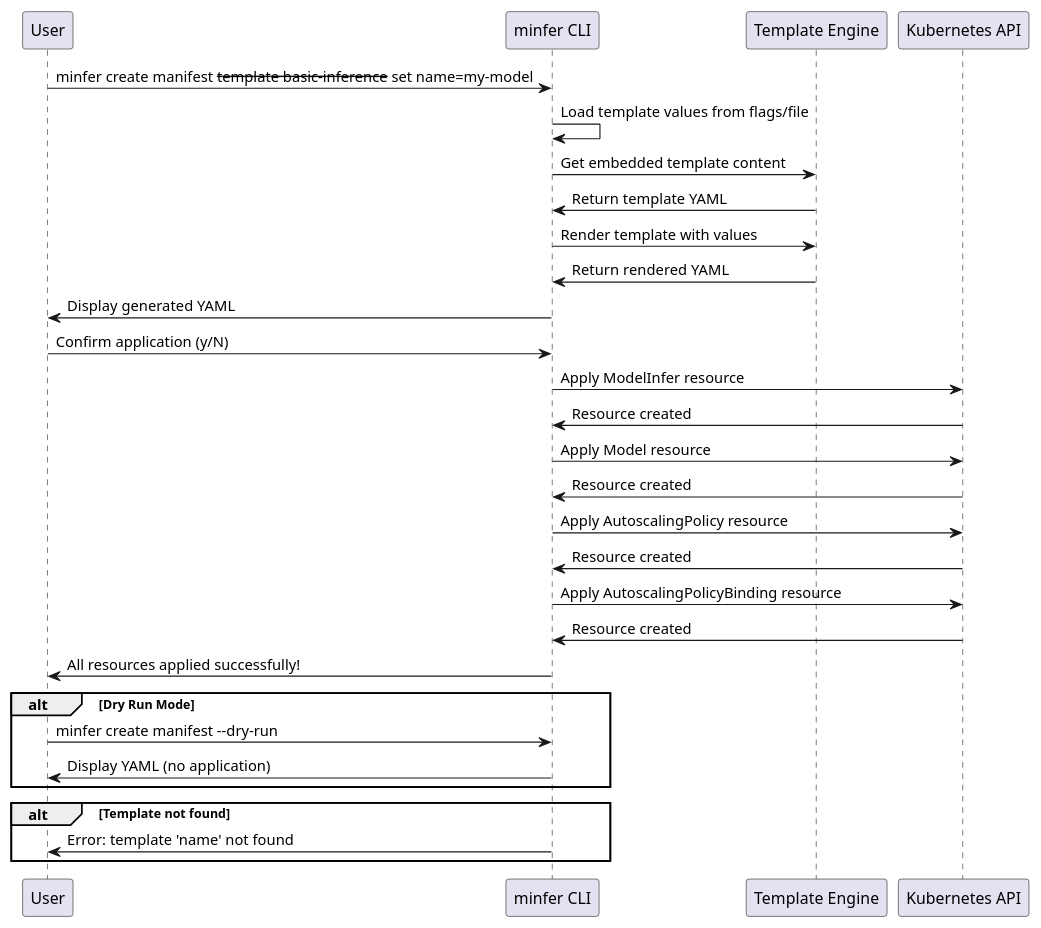
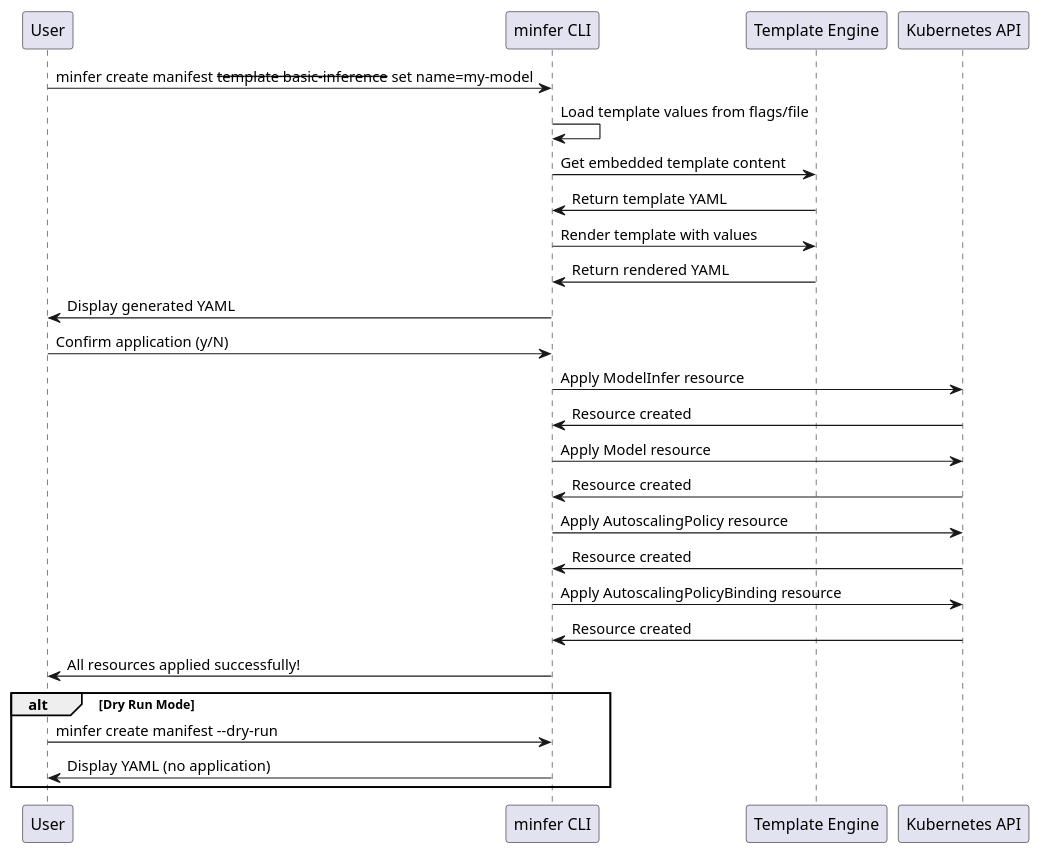
Before and after one commit to matrixinfer-ai/kthena: the second of 3 diagrams in cli/minfer/README.md, drawn with PlantUML. The commit also changed other lines of this file, not shown here.

First line of the commit message:
Updates minfer CLI README with improved diagrams

````diff
--- a/cli/minfer/README.md
+++ b/cli/minfer/README.md
@@ -59,36 +80,32 @@
 ```plantuml
 @startuml
 participant "User" as U
 participant "minfer CLI" as CLI
 participant "Template Engine" as TE
 participant "Kubernetes API" as K8S
 
 U -> CLI: minfer create manifest --template basic-inference --set name=my-model
 CLI -> CLI: Load template values from flags/file
 CLI -> TE: Get embedded template content
 TE -> CLI: Return template YAML
 CLI -> TE: Render template with values
 TE -> CLI: Return rendered YAML
 CLI -> U: Display generated YAML
 U -> CLI: Confirm application (y/N)
 CLI -> K8S: Apply ModelInfer resource
 K8S -> CLI: Resource created
 CLI -> K8S: Apply Model resource  
 K8S -> CLI: Resource created
 CLI -> K8S: Apply AutoscalingPolicy resource
 K8S -> CLI: Resource created
 CLI -> K8S: Apply AutoscalingPolicyBinding resource
 K8S -> CLI: Resource created
 CLI -> U: All resources applied successfully!
 
 alt Dry Run Mode
   U -> CLI: minfer create manifest --dry-run
   CLI -> U: Display YAML (no application)
 end
 
-alt Template not found
-  CLI -> U: Error: template 'name' not found
-end
-
 @enduml
 ```
````
